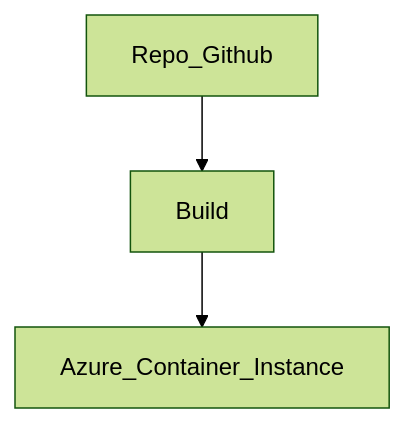
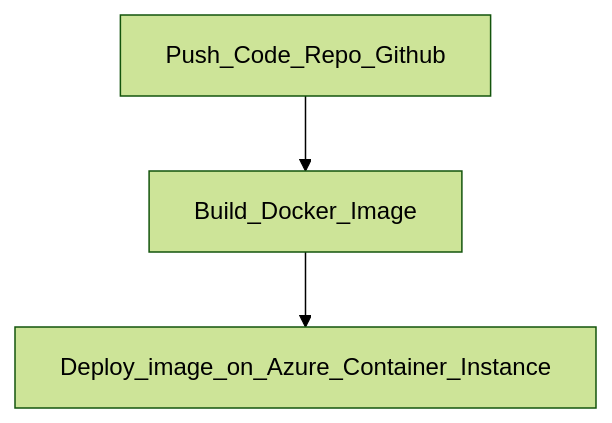
Before and after one commit to efrei-devops-apprentis-bdml/efrei-devops-tp3: the diagram in README.md, drawn with Mermaid (forest theme).

````diff
--- a/README.md
+++ b/README.md
@@ -6,5 +6,5 @@
  ```mermaid
 graph TD;
-    Repo_Github-->Build;
-    Build-->Azure_Container_Instance;
+    Push_Code_Repo_Github-->Build_Docker_Image;
+    Build_Docker_Image-->Deploy_image_on_Azure_Container_Instance;
 ```
````
